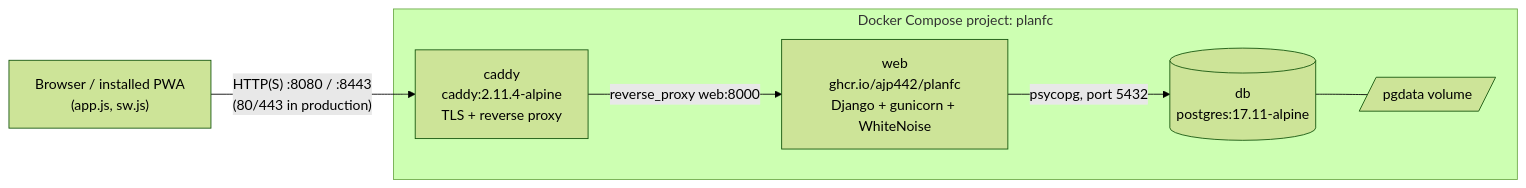
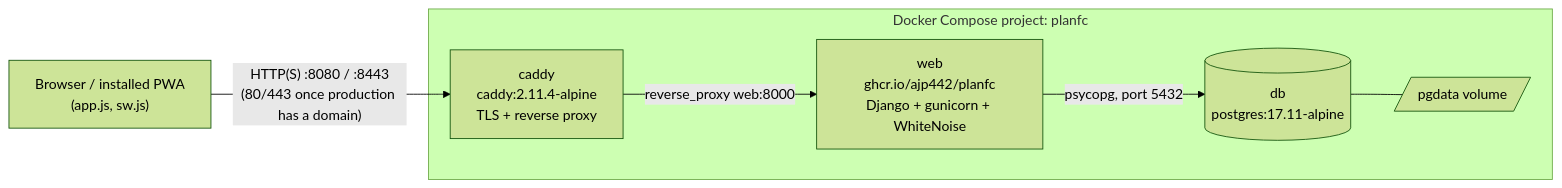
Before and after one commit to ajp442/planFC: the first of 3 diagrams in docs/ARCHITECTURE.md, drawn with Mermaid (forest theme). The commit also changed other lines of this file and 2 other files, not shown here.

First line of the commit message:
Document corncob's port layout: production 8080, dev stacks 8081+

````diff
--- a/docs/ARCHITECTURE.md
+++ b/docs/ARCHITECTURE.md
@@ -57,14 +57,14 @@
 ```mermaid
 flowchart LR
     phone["Browser / installed PWA<br/>(app.js, sw.js)"]
     subgraph compose["Docker Compose project: planfc"]
         caddy["caddy<br/>caddy:2.11.4-alpine<br/>TLS + reverse proxy"]
         web["web<br/>ghcr.io/ajp442/planfc<br/>Django + gunicorn + WhiteNoise"]
         db[("db<br/>postgres:17.11-alpine")]
         pgdata[/"pgdata volume"/]
     end
-    phone -- "HTTP(S) :8080 / :8443<br/>(80/443 in production)" --> caddy
+    phone -- "HTTP(S) :8080 / :8443<br/>(80/443 once production has a domain)" --> caddy
     caddy -- "reverse_proxy web:8000" --> web
     web -- "psycopg, port 5432" --> db
     db --- pgdata
 ```
````
